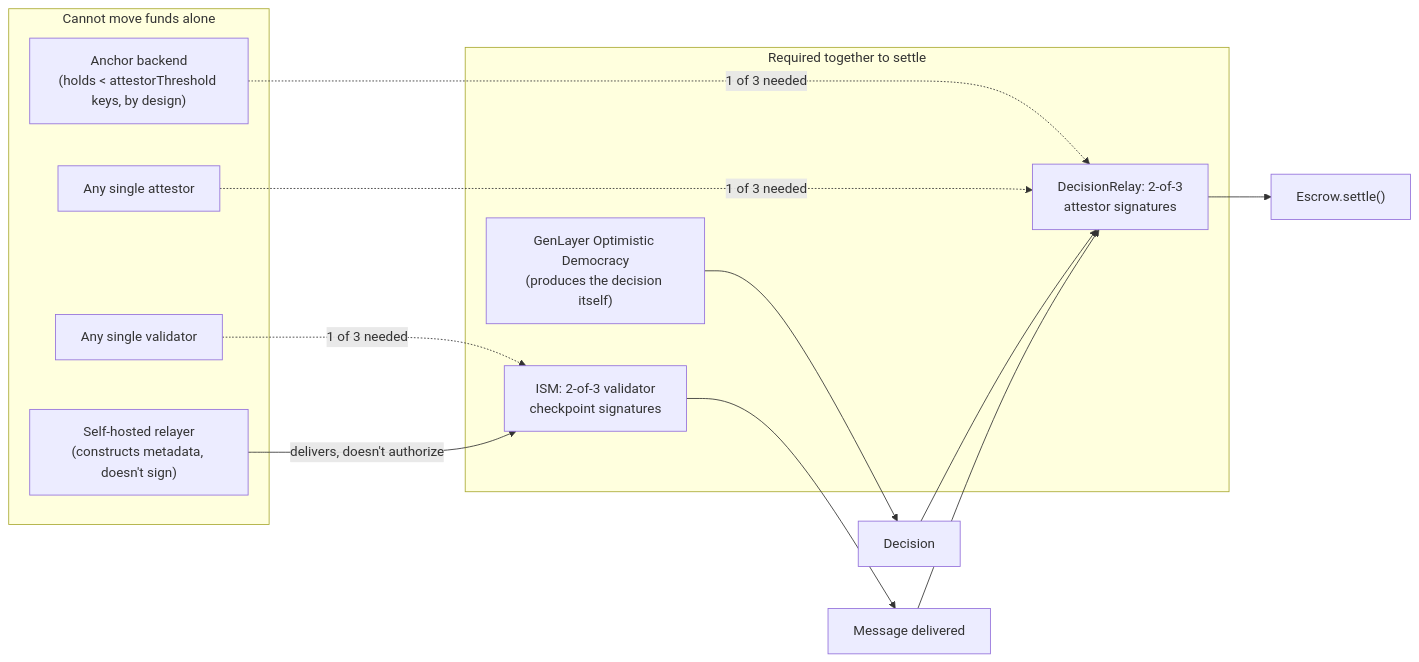
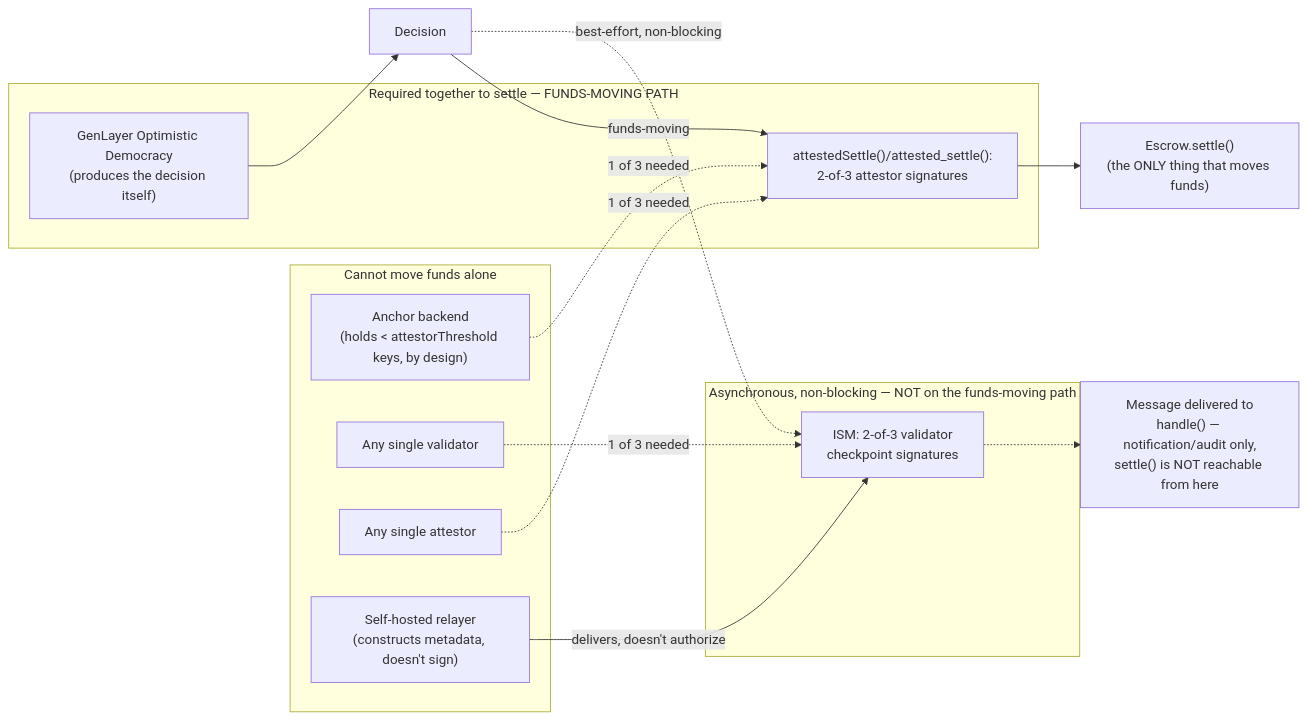
One commit to zoefunds/anchor changed the second of 3 diagrams in README.md. Above: the diagram before and after it, drawn with Mermaid. The commit also changed other lines of this file and 20 other files, not shown here.

````diff
--- a/README.md
+++ b/README.md
@@ -158,26 +172,30 @@
 ```mermaid
 flowchart LR
     subgraph Untrusted["Cannot move funds alone"]
         Backend["Anchor backend<br/>(holds < attestorThreshold keys, by design)"]
         OneValidator["Any single validator"]
         OneAttestor["Any single attestor"]
         Relayer["Self-hosted relayer<br/>(constructs metadata, doesn't sign)"]
     end
 
-    subgraph Trusted["Required together to settle"]
+    subgraph Trusted["Required together to settle — FUNDS-MOVING PATH"]
         GenLayer["GenLayer Optimistic Democracy<br/>(produces the decision itself)"]
+        AttestorQuorum["attestedSettle()/attested_settle():<br/>2-of-3 attestor signatures"]
+    end
+
+    subgraph Notification["Asynchronous, non-blocking — NOT on the funds-moving path"]
         ISMQuorum["ISM: 2-of-3 validator<br/>checkpoint signatures"]
-        AttestorQuorum["DecisionRelay: 2-of-3<br/>attestor signatures"]
     end
 
     Backend -.->|"1 of 3 needed"| AttestorQuorum
+    OneAttestor -.->|"1 of 3 needed"| AttestorQuorum
     OneValidator -.->|"1 of 3 needed"| ISMQuorum
-    OneAttestor -.->|"1 of 3 needed"| AttestorQuorum
     Relayer -->|"delivers, doesn't authorize"| ISMQuorum
 
     GenLayer --> Decision["Decision"]
-    Decision --> AttestorQuorum
-    ISMQuorum --> Delivery["Message delivered"]
-    Delivery --> AttestorQuorum
-    AttestorQuorum --> Settle["Escrow.settle()"]
+    Decision -->|"funds-moving"| AttestorQuorum
+    AttestorQuorum --> Settle["Escrow.settle()<br/>(the ONLY thing that moves funds)"]
+
+    Decision -.->|"best-effort, non-blocking"| ISMQuorum
+    ISMQuorum -.-> Delivery["Message delivered to<br/>handle() — notification/audit only,<br/>settle() is NOT reachable from here"]
 ```
````
